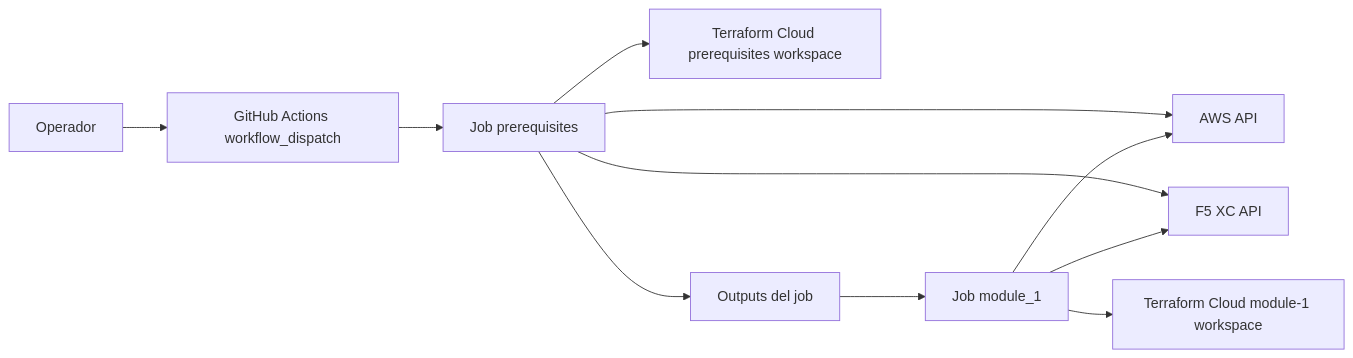
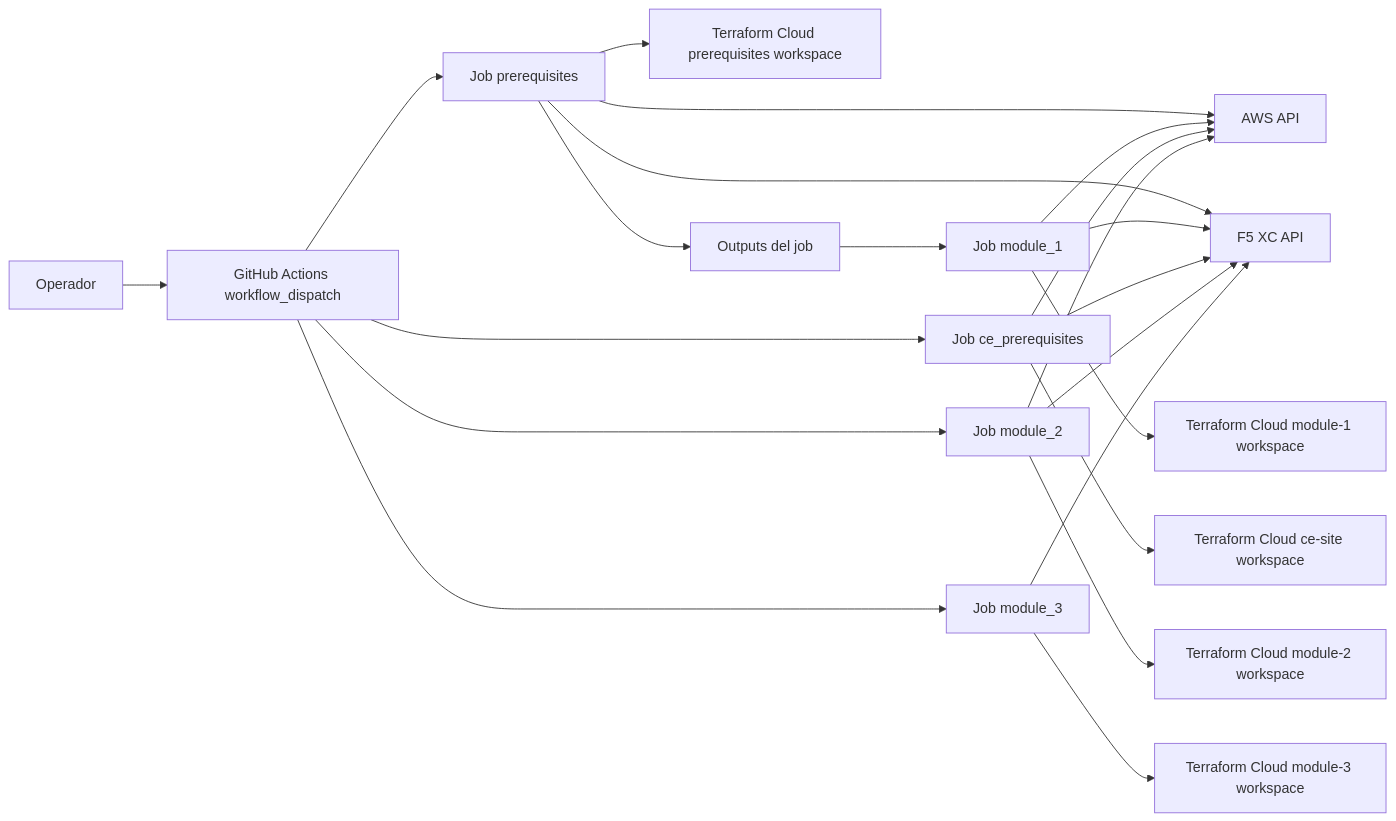
One commit to ocpdata/xcawsedgedemoguide changed the fourth of 15 diagrams in descripcion.md. Above: the diagram before and after it, drawn with Mermaid. The commit also changed other lines of this file, not shown here.

Commit message:
docs: refine deploy topology diagrams

````diff
--- a/descripcion.md
+++ b/descripcion.md
@@ -209,13 +255,24 @@
 ```mermaid
 flowchart LR
     User[Operador] --> GHA[GitHub Actions workflow_dispatch]
     GHA --> P[Job prerequisites]
     P --> TFC1[Terraform Cloud prerequisites workspace]
+    GHA --> CP[Job ce_prerequisites]
+    CP --> TFCCE[Terraform Cloud ce-site workspace]
+    GHA --> M2[Job module_2]
+    M2 --> TFCM2[Terraform Cloud module-2 workspace]
+    GHA --> M3[Job module_3]
+    M3 --> TFCM3[Terraform Cloud module-3 workspace]
     P --> AWS[AWS API]
     P --> XC[F5 XC API]
     P --> OUT[Outputs del job]
     OUT --> M1[Job module_1]
     M1 --> TFC2[Terraform Cloud module-1 workspace]
     M1 --> XC
     M1 --> AWS
+    CP --> AWS
+    CP --> XC
+    M2 --> XC
+    M2 --> AWS
+    M3 --> XC
 ```
````
